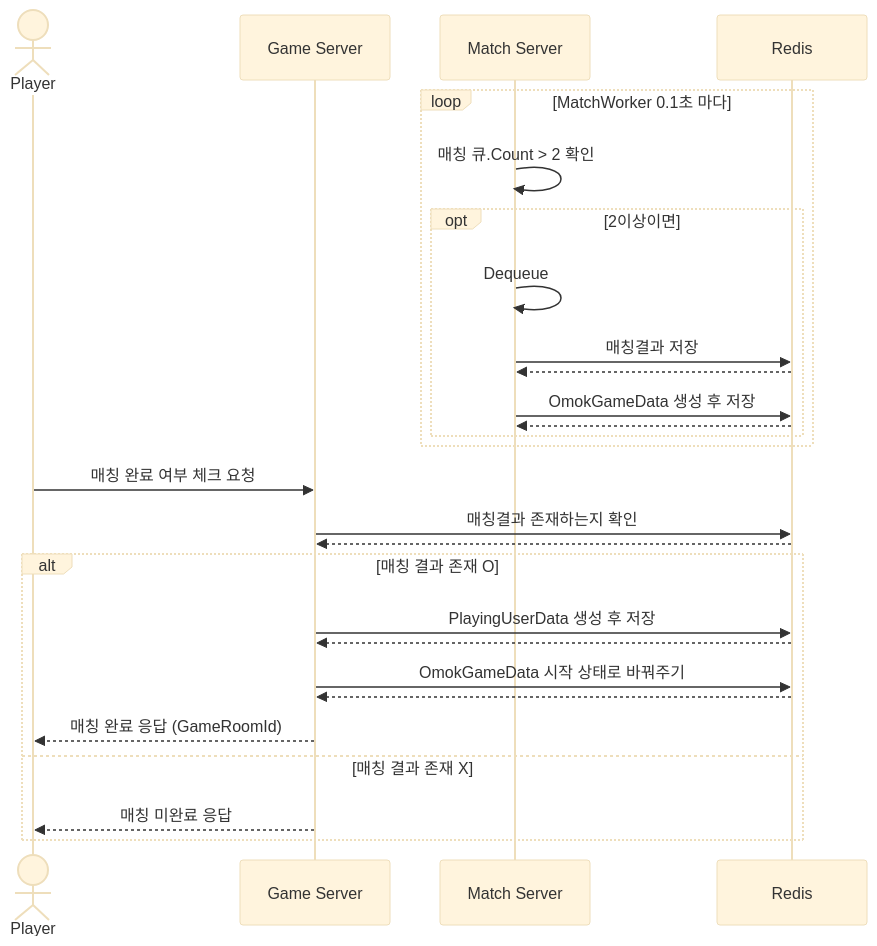
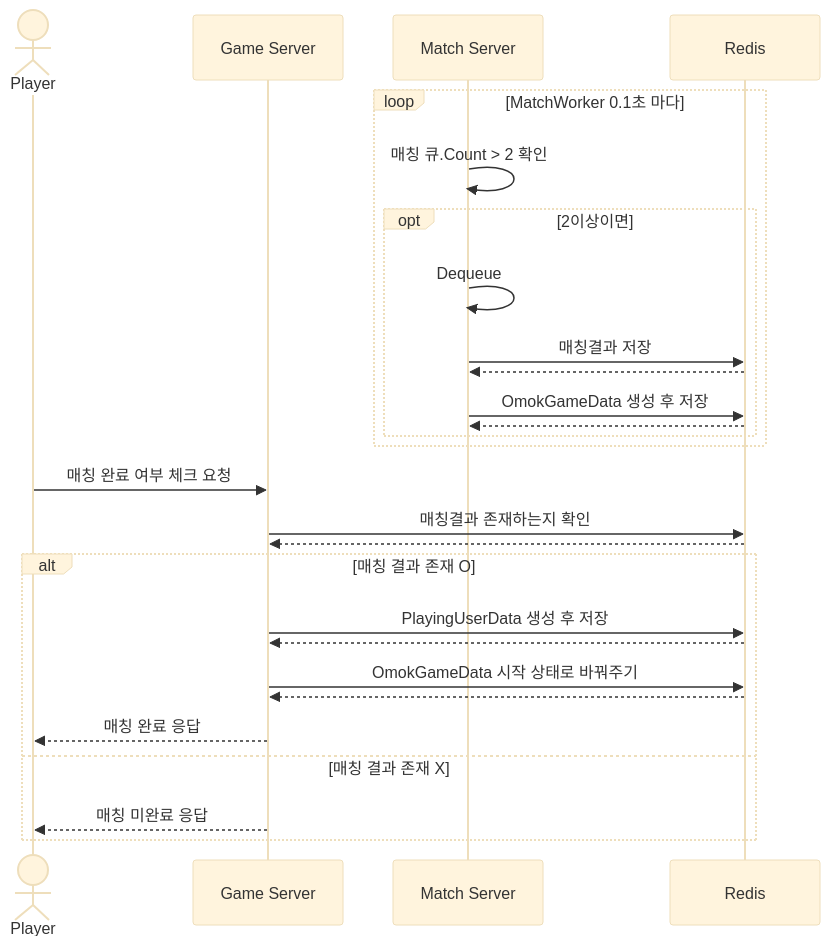
The second of 2 diagrams in SequenceDiagram/Match.md (yujinS0/Omok-Game), drawn with Mermaid (base theme) before and after one commit. The commit also changed other lines of this file, not shown here.

````diff
--- a/SequenceDiagram/Match.md
+++ b/SequenceDiagram/Match.md
@@ -30,38 +30,34 @@
 ```mermaid
 sequenceDiagram
 	actor P as Player
 	participant G as Game Server
 	participant M as Match Server
 	participant R as Redis
 
 	loop MatchWorker 0.1초 마다
 		M->>M: 매칭 큐.Count > 2 확인
 			opt 2이상이면
 				M->>M: Dequeue
 				M->>R: 매칭결과 저장
 				R-->>M: 
 				M->>R: OmokGameData 생성 후 저장
 				R-->>M: 
 			end
 	end
 
 	P->>G: 매칭 완료 여부 체크 요청
 	G->>R: 매칭결과 존재하는지 확인
 	R-->>G: 
 	alt 매칭 결과 존재 O
 		G->>R: PlayingUserData 생성 후 저장
 		R-->>G:  
 		G->>R: OmokGameData 시작 상태로 바꿔주기
 		R-->>G:  
 
-		G-->>P: 매칭 완료 응답 (GameRoomId)
+		G-->>P: 매칭 완료 응답
 	
 	else 매칭 결과 존재 X
 		G-->>P: 매칭 미완료 응답
 	end
 
-		
-
-	
-
 ```
````
